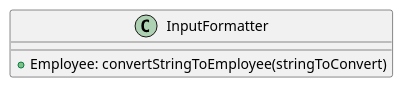
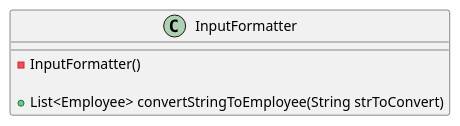
Before and after one commit to mplekunov/Assignment_3: the diagram in src/main/resources/ex42/ClassDiagrams/InputFormatter.puml, drawn with PlantUML. The commit also changed 155 other files, not shown here.

```diff
--- a/src/main/resources/ex42/ClassDiagrams/InputFormatter.puml
+++ b/src/main/resources/ex42/ClassDiagrams/InputFormatter.puml
@@ -1,9 +1,10 @@
 @startuml
 'https://plantuml.com/class-diagram
 
 class InputFormatter {
+    -InputFormatter()
 
-    +Employee: convertStringToEmployee(stringToConvert)
+    +List<Employee> convertStringToEmployee(String strToConvert)
 }
 
 @enduml
```
